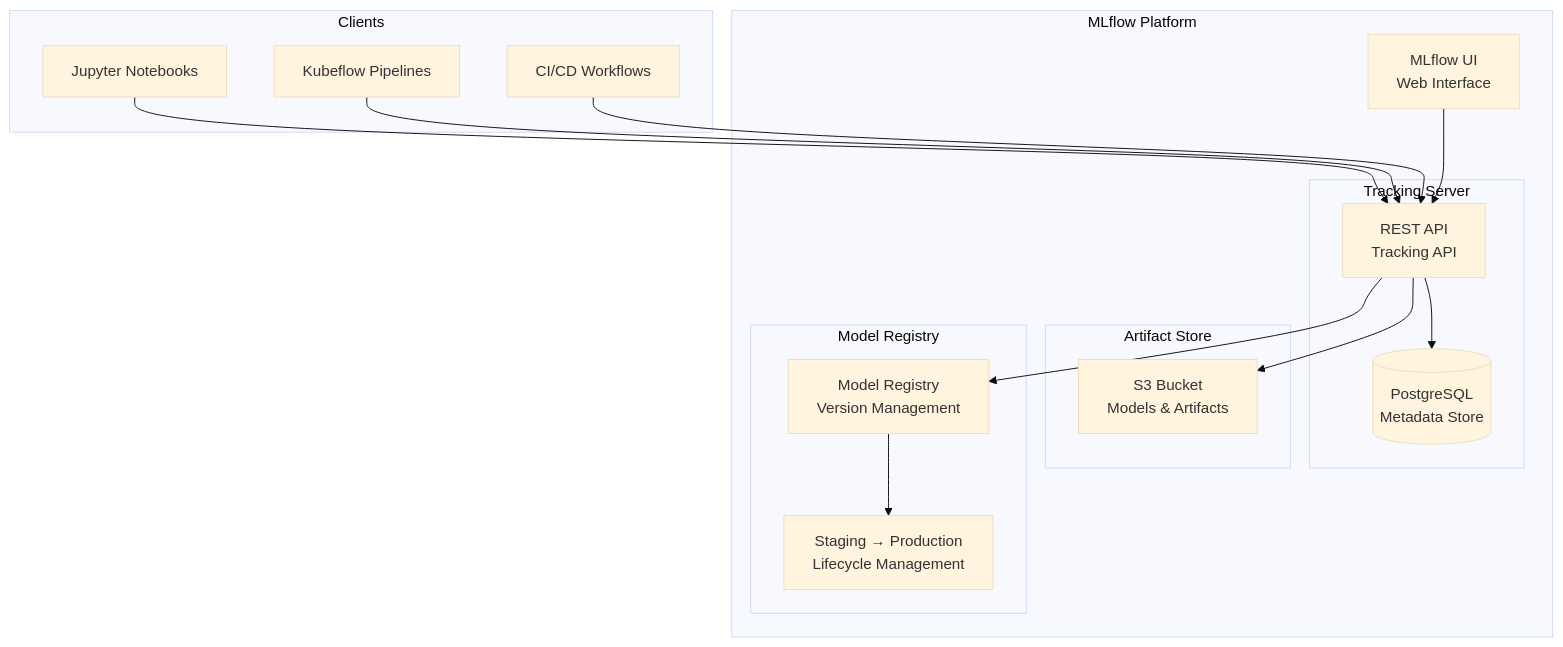
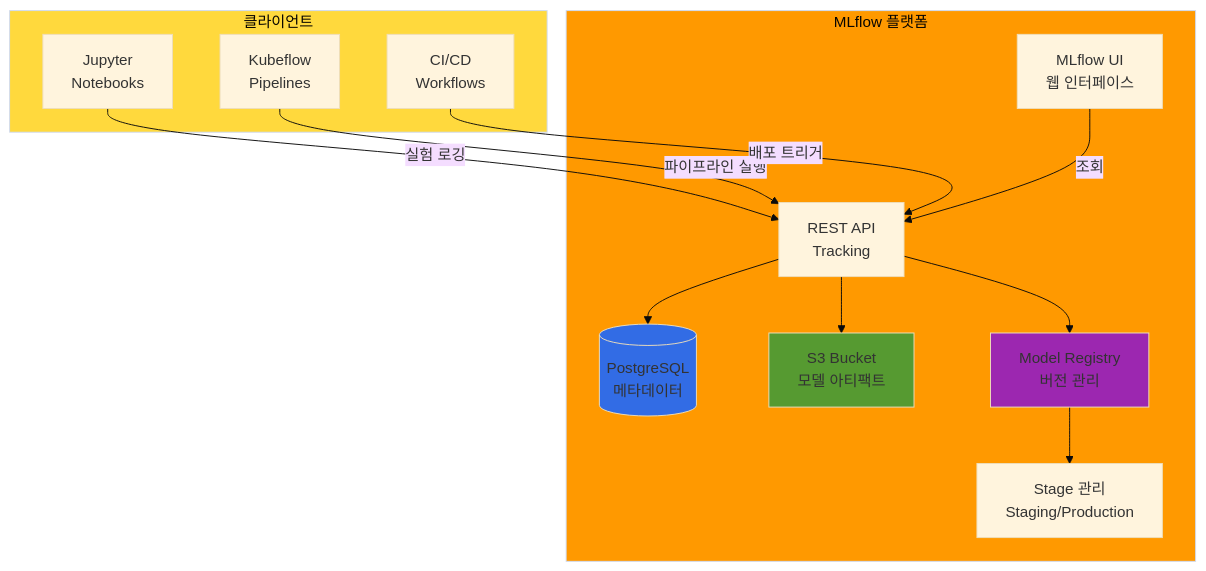
One commit to devfloor9/engineering-playbook changed the third of 6 diagrams in docs/agentic-ai-platform/operations-mlops/mlops-pipeline-eks.md. Above: the diagram before and after it, drawn with Mermaid (base theme). The commit also changed other lines of this file and 24 other files, not shown here.

````diff
--- a/docs/agentic-ai-platform/operations-mlops/mlops-pipeline-eks.md
+++ b/docs/agentic-ai-platform/operations-mlops/mlops-pipeline-eks.md
@@ -478,36 +488,33 @@
 ```mermaid
 flowchart TB
-    subgraph "MLflow Platform"
-        UI[MLflow UI<br/>Web Interface]
-        
-        subgraph "Tracking Server"
-            API[REST API<br/>Tracking API]
-            BACKEND[(PostgreSQL<br/>Metadata Store)]
-        end
-        
-        subgraph "Artifact Store"
-            S3[S3 Bucket<br/>Models & Artifacts]
-        end
-        
-        subgraph "Model Registry"
-            REGISTRY[Model Registry<br/>Version Management]
-            STAGES[Staging → Production<br/>Lifecycle Management]
-        end
+    subgraph Clients["클라이언트"]
+        NOTEBOOK[Jupyter<br/>Notebooks]
+        PIPELINE[Kubeflow<br/>Pipelines]
+        CICD[CI/CD<br/>Workflows]
     end
-    
-    subgraph "Clients"
-        NOTEBOOK[Jupyter Notebooks]
-        PIPELINE[Kubeflow Pipelines]
-        CICD[CI/CD Workflows]
+
+    subgraph MLflow["MLflow 플랫폼"]
+        UI[MLflow UI<br/>웹 인터페이스]
+        API[REST API<br/>Tracking]
+        BACKEND[(PostgreSQL<br/>메타데이터)]
+        S3[S3 Bucket<br/>모델 아티팩트]
+        REGISTRY[Model Registry<br/>버전 관리]
+        STAGES[Stage 관리<br/>Staging/Production]
     end
-    
-    NOTEBOOK --> API
-    PIPELINE --> API
-    CICD --> API
-    
+
+    NOTEBOOK -->|실험 로깅| API
+    PIPELINE -->|파이프라인 실행| API
+    CICD -->|배포 트리거| API
+
     API --> BACKEND
     API --> S3
     API --> REGISTRY
     REGISTRY --> STAGES
-    UI --> API
+    UI -->|조회| API
+
+    style Clients fill:#ffd93d
+    style MLflow fill:#ff9900
+    style BACKEND fill:#326ce5
+    style S3 fill:#569a31
+    style REGISTRY fill:#9c27b0
 ```
````
